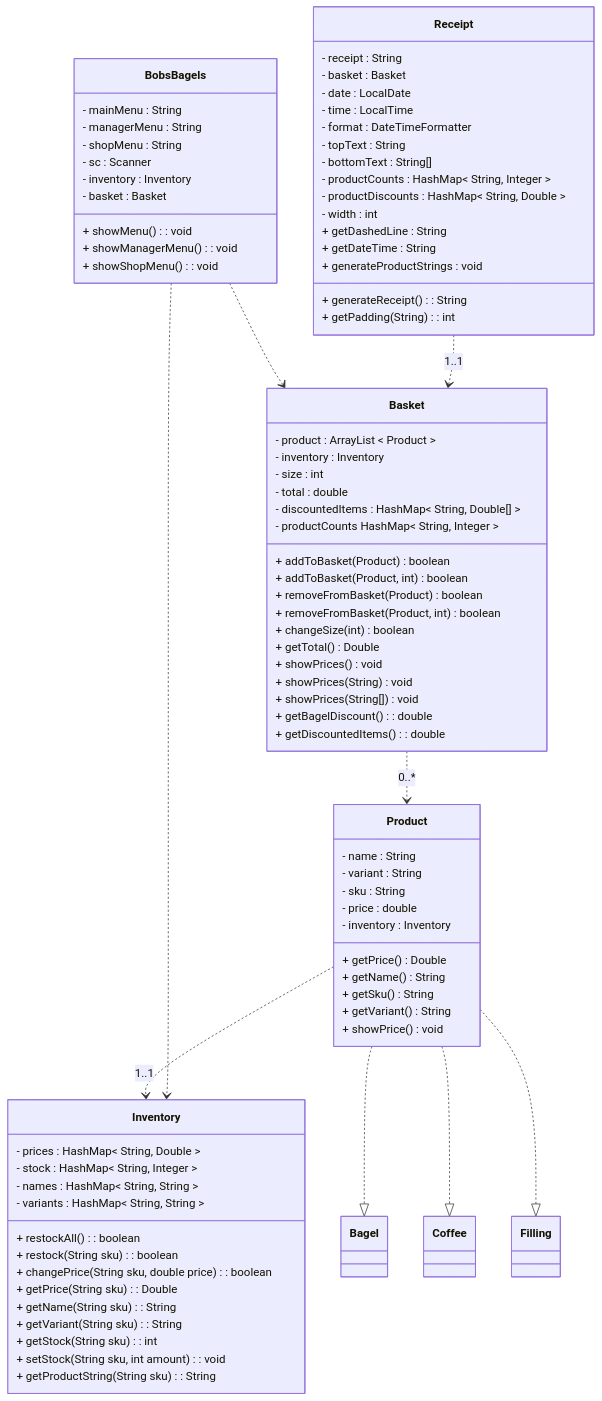
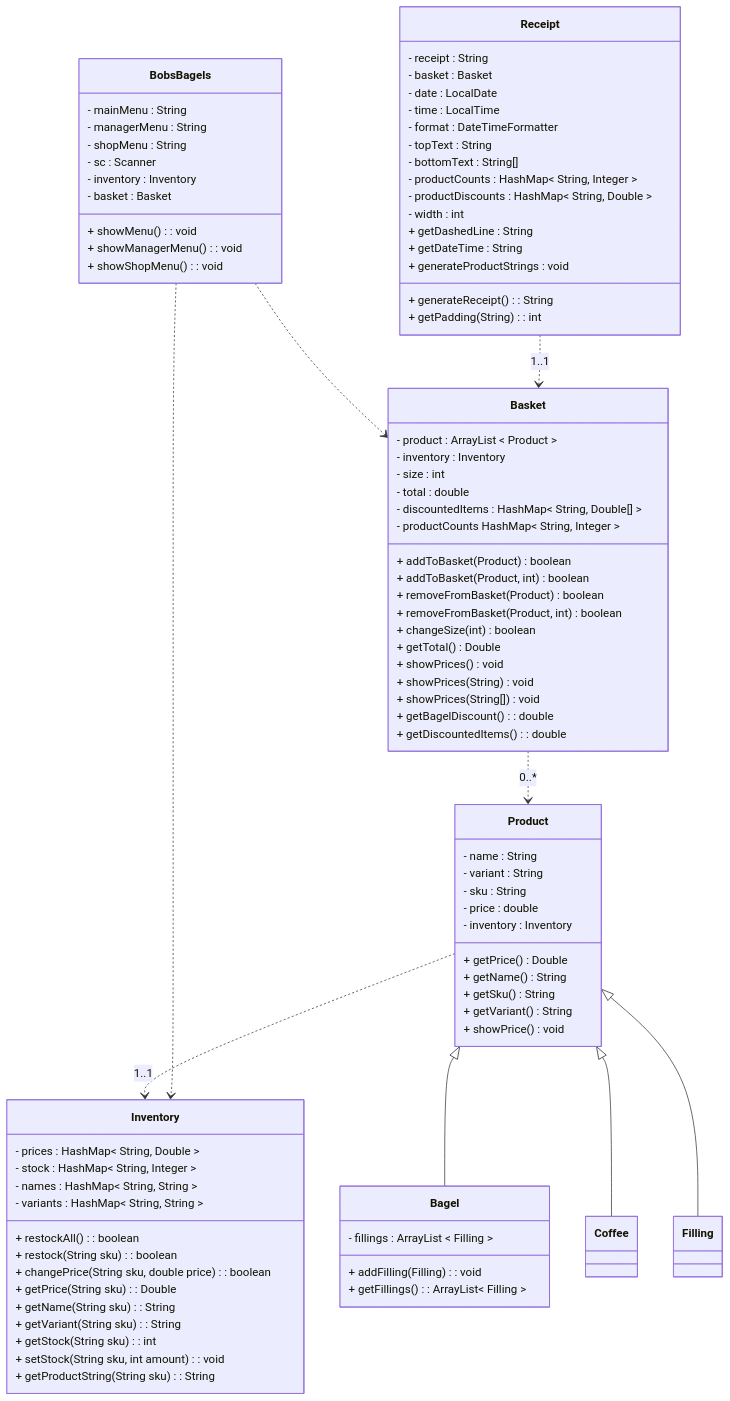
Before and after one commit to nora-hansen/java-tdd-oop-bobs-bagels: the diagram in class-diagram.md, drawn with Mermaid.

Commit message:
Updated class diagram

`````diff
--- a/class-diagram.md
+++ b/class-diagram.md
@@ -35,7 +35,9 @@
             
         }
     class Bagel {
-
+        - fillings : ArrayList < Filling >
+        + addFilling(Filling) : void
+        + getFillings() : ArrayList< Filling >
     }
     class Filling {
 
@@ -88,7 +90,7 @@
     BobsBagels ..> Basket
     BobsBagels ..> Inventory
     Receipt ..> Basket : 1..1
-    Product ..|> Bagel
-    Product ..|> Coffee
-    Product ..|> Filling
+    Product <|-- Bagel
+    Product <|-- Coffee
+    Product <|-- Filling
 ````
`````
